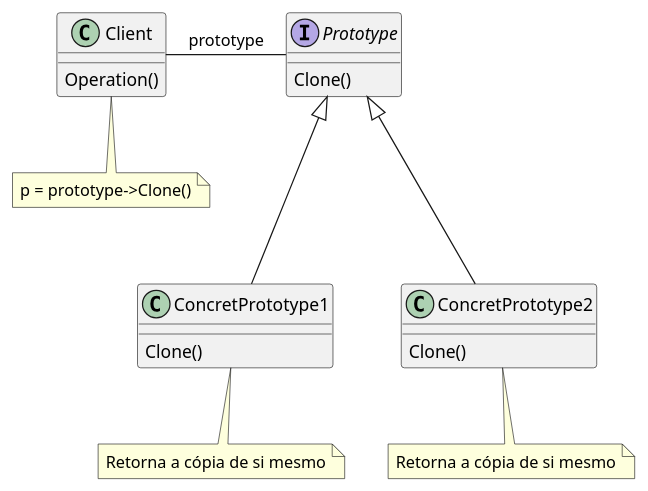
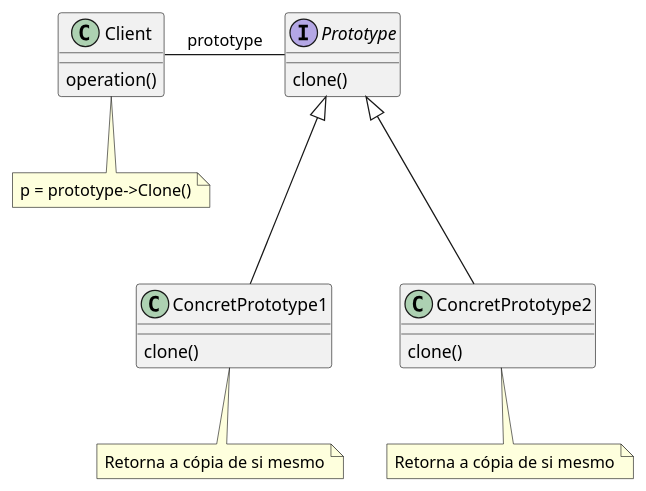
The diagram in posts/Prototype.md (leandro-costa/blog-material-aula-template), drawn with PlantUML before and after one commit. The commit also changed other lines of this file and 7 other files, not shown here.

````diff
--- a/posts/Prototype.md
+++ b/posts/Prototype.md
@@ -186,31 +186,31 @@
 ```plantuml
 @startuml
 class Client {
-  Operation()
+  operation()
 }
 interface Prototype {
-  Clone()
+  clone()
 }
 class ConcretPrototype1 {
-  Clone()
+  clone()
 }
 class ConcretPrototype2 {
-  Clone()
+  clone()
 }      
 
 
 Client - Prototype : prototype
 class Client
 note bottom: p = prototype->Clone()
 
 
 Prototype <|--- ConcretPrototype1
 Prototype <|--- ConcretPrototype2
 
 
 class ConcretPrototype1
 note bottom: Retorna a cópia de si mesmo
 class ConcretPrototype2
 note bottom: Retorna a cópia de si mesmo
 @enduml
 ```
````
